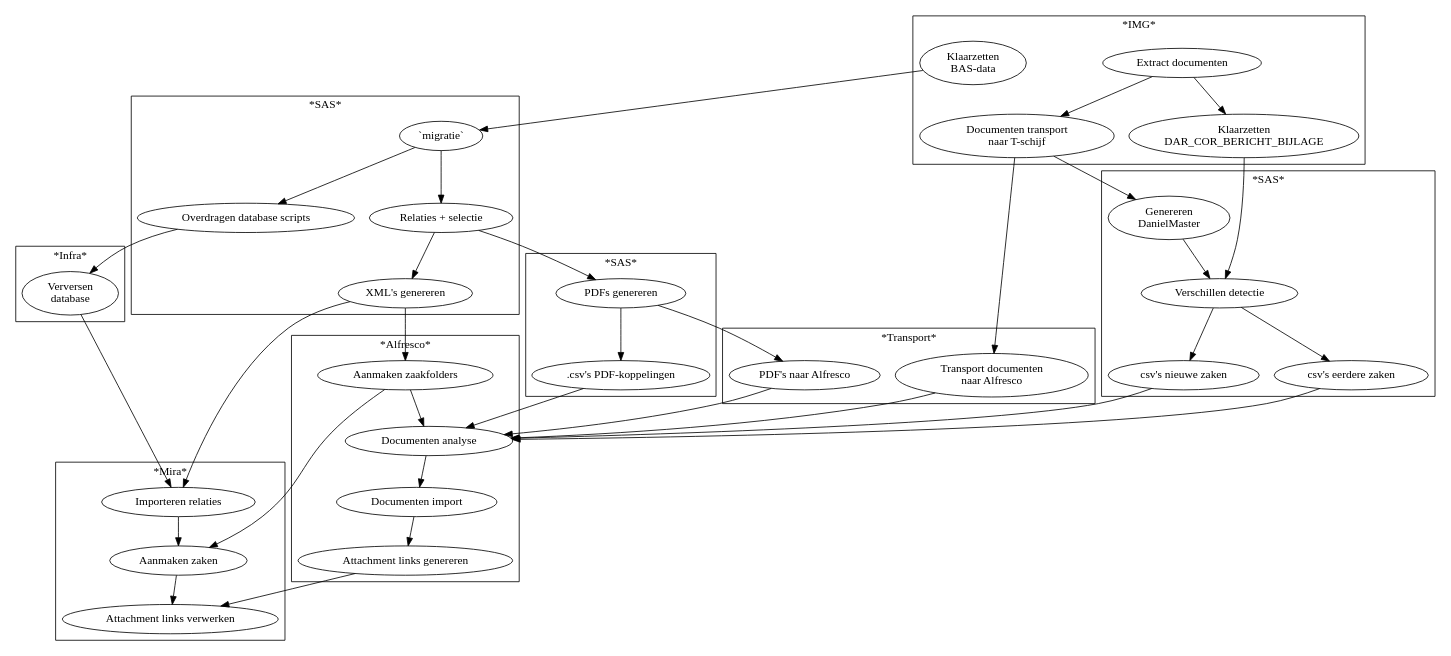
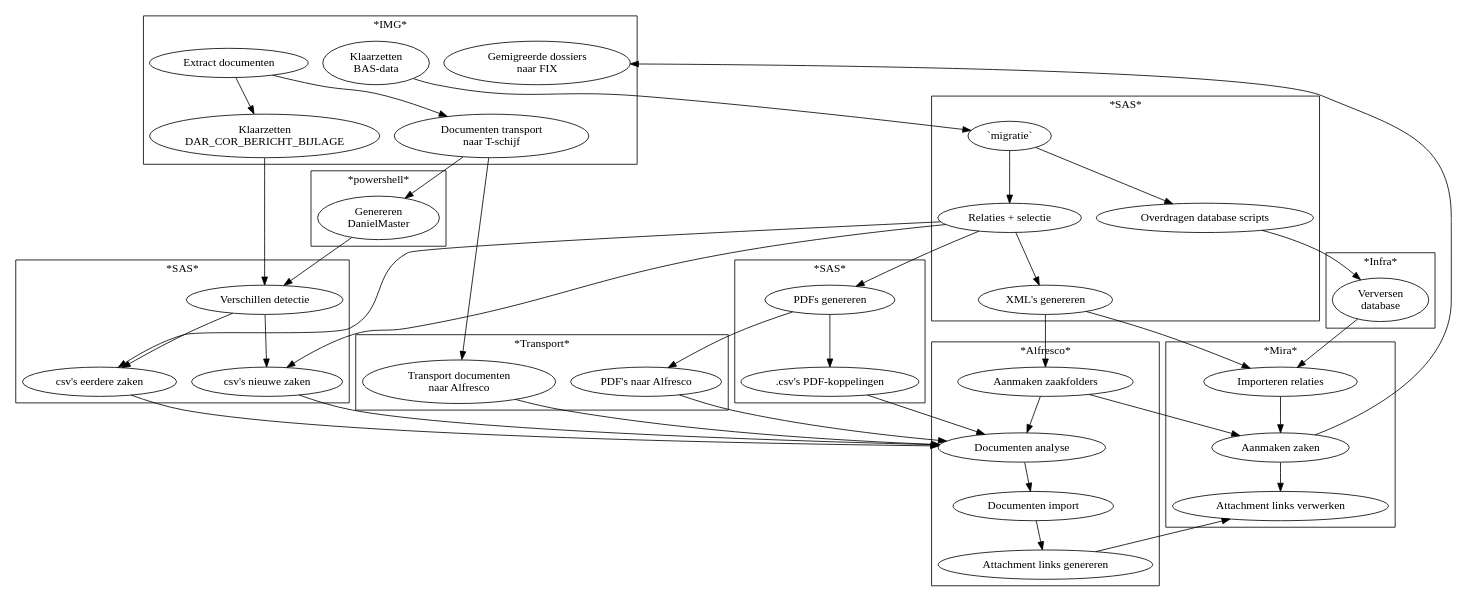
Before and after one commit to hanjoosten/csv2tables: the diagram in afhankelijkheden/overzichtMigratie.gv, drawn with Graphviz.

Commit message:
paar extra dependencies toegevoegd

```diff
--- a/afhankelijkheden/overzichtMigratie.gv
+++ b/afhankelijkheden/overzichtMigratie.gv
@@ -1,89 +1,96 @@
 digraph {
   node [ fontname="Handlee" ];
   splines=true;
   
   subgraph cluster_IMG {
     label="*IMG*";
     "Extract documenten";
     "Klaarzetten\nDAR_COR_BERICHT_BIJLAGE";
     "Klaarzetten\nBAS-data";
+    "Gemigreerde dossiers\nnaar FIX"
     "Documenten transport\nnaar T-schijf";
     "Extract documenten" -> "Klaarzetten\nDAR_COR_BERICHT_BIJLAGE";
     "Extract documenten" -> "Documenten transport\nnaar T-schijf";
   }
 
   "Klaarzetten\nBAS-data" -> "`migratie`";
 
   subgraph cluster_SAS1 {
     label="*SAS*";
     "Overdragen database scripts";
     "XML's genereren";
     "Relaties + selectie";
     "`migratie`";
 
     "`migratie`" -> "Relaties + selectie";
     "Relaties + selectie" -> "XML's genereren";
     "`migratie`" -> "Overdragen database scripts";
   }
   
   subgraph cluster_Infra {
     label="*Infra*";
     "Verversen\ndatabase";
 
    "Overdragen database scripts" -> "Verversen\ndatabase";
    }
    "Klaarzetten\nDAR_COR_BERICHT_BIJLAGE" -> "Verschillen detectie";
   subgraph cluster_SAS2 {
     label="*SAS*";
     "Verschillen detectie";
     "csv's nieuwe zaken";
     "csv's eerdere zaken";
-    "Genereren\nDanielMaster" -> "Verschillen detectie";
     "Verschillen detectie" -> "csv's nieuwe zaken";
     "Verschillen detectie" -> "csv's eerdere zaken";
+    "Relaties + selectie" -> "csv's nieuwe zaken";
+    "Relaties + selectie" -> "csv's eerdere zaken";
   }
   subgraph cluster_PDFs {
      label= "*SAS*"
       "PDFs genereren"
       ".csv's PDF-koppelingen"
       "PDFs genereren" -> ".csv's PDF-koppelingen"
       "Relaties + selectie" -> "PDFs genereren"
   }
+  subgraph cluster_powershell {
+      label = "*powershell*"
+      "Genereren\nDanielMaster"
+  }
   subgraph cluster_docTransport {
       label = "*Transport*"
       "Transport documenten\nnaar Alfresco"
       "PDF's naar Alfresco"
-      "Genereren\nDanielMaster"
+    "Genereren\nDanielMaster" -> "Verschillen detectie";
     "PDFs genereren" -> "PDF's naar Alfresco"
     "Documenten transport\nnaar T-schijf" -> "Transport documenten\nnaar Alfresco"; 
     "Documenten transport\nnaar T-schijf" -> "Genereren\nDanielMaster";
   }
   subgraph cluster_Alfresco {
       label = "*Alfresco*"
       "Documenten analyse"
       "Documenten import"
       "Aanmaken zaakfolders"
       "Attachment links genereren"
       "Transport documenten\nnaar Alfresco" -> "Documenten analyse";
       "PDF's naar Alfresco" ->  "Documenten analyse";
       "XML's genereren" -> "Aanmaken zaakfolders"
       "Aanmaken zaakfolders" -> "Documenten analyse"
       "Documenten analyse" -> "Documenten import"
       "csv's nieuwe zaken" -> "Documenten analyse" ;
       "csv's eerdere zaken" -> "Documenten analyse" ;
       ".csv's PDF-koppelingen" -> "Documenten analyse" ;
       "Documenten import" -> "Attachment links genereren";
   }
   subgraph cluster_Mira {
       label = "*Mira*"
       "Importeren relaties";
       "Aanmaken zaken";
       "Attachment links verwerken";
       "Verversen\ndatabase" -> "Importeren relaties";
       "XML's genereren" -> "Importeren relaties";
       "Aanmaken zaakfolders" -> "Aanmaken zaken";
       "Importeren relaties" -> "Aanmaken zaken"; 
       "Attachment links genereren" -> "Attachment links verwerken";
       "Aanmaken zaken" -> "Attachment links verwerken"
+      "Aanmaken zaken" -> "Gemigreerde dossiers\nnaar FIX"
   }
 }
```
